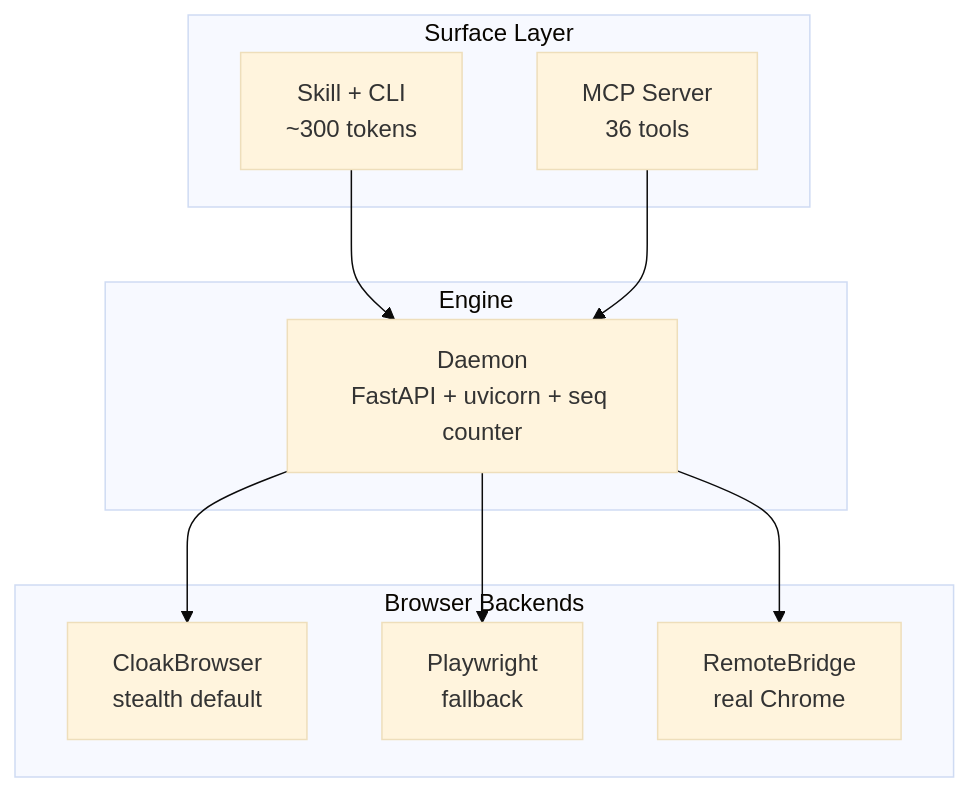
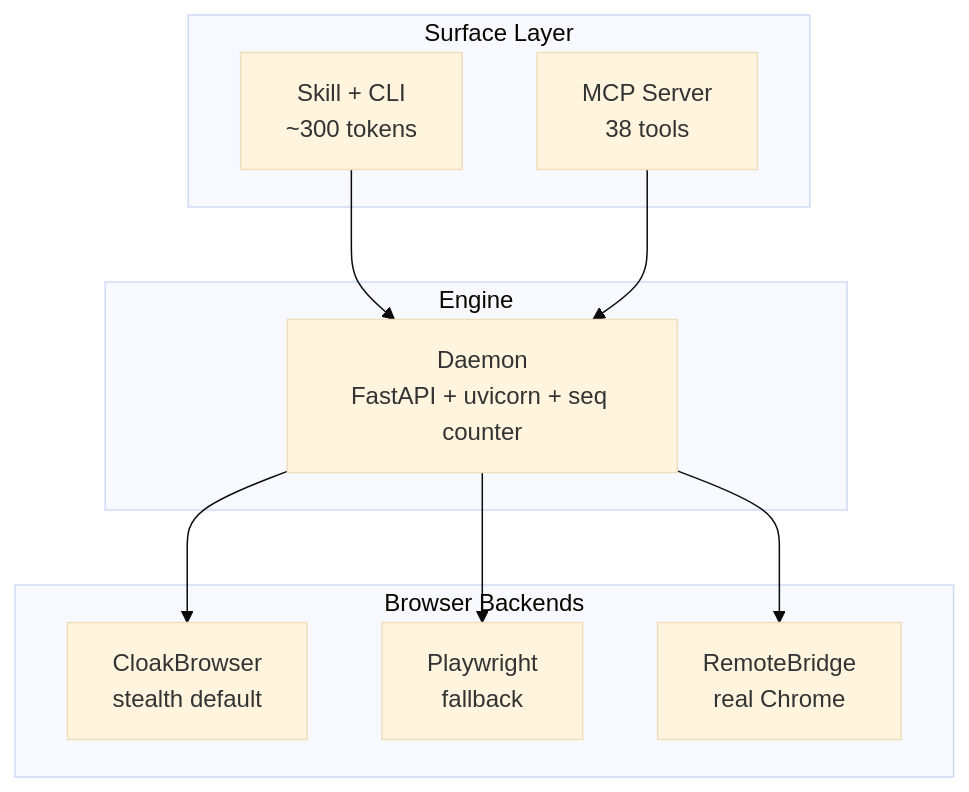
The diagram in README.md (shayuc137/agentcloak), drawn with Mermaid (base theme) before and after one commit. The commit also changed other lines of this file and 11 other files, not shown here.

````diff
--- a/README.md
+++ b/README.md
@@ -241,23 +241,23 @@
 ```mermaid
 graph TD
     subgraph Surface["Surface Layer"]
         Skill["Skill + CLI<br/>~300 tokens"]
-        MCP["MCP Server<br/>36 tools"]
+        MCP["MCP Server<br/>38 tools"]
     end
 
     subgraph Engine["Engine"]
         Daemon["Daemon<br/>FastAPI + uvicorn + seq counter"]
     end
 
     subgraph Backends["Browser Backends"]
         Cloak["CloakBrowser<br/>stealth default"]
         PW["Playwright<br/>fallback"]
         Bridge["RemoteBridge<br/>real Chrome"]
     end
 
     Skill --> Daemon
     MCP --> Daemon
     Daemon --> Cloak
     Daemon --> PW
     Daemon --> Bridge
 ```
````
